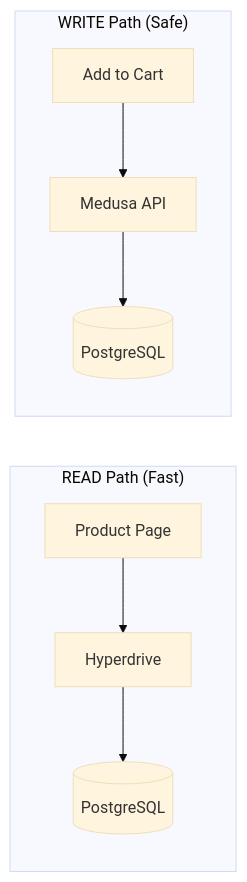
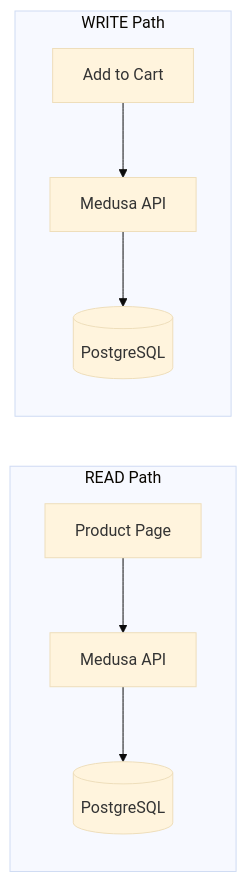
One commit to builderbuilds123/gracestowel changed the second of 2 diagrams in docs/architecture/storefront.md. Above: the diagram before and after it, drawn with Mermaid (base theme). The commit also changed other lines of this file and 38 other files, not shown here.

````diff
--- a/docs/architecture/storefront.md
+++ b/docs/architecture/storefront.md
@@ -42,12 +40,12 @@
 ```mermaid
 flowchart LR
-    subgraph "READ Path (Fast)"
-        R1["Product Page"] --> R2["Hyperdrive"]
+    subgraph "READ Path"
+        R1["Product Page"] --> R2["Medusa API"]
         R2 --> R3[("PostgreSQL")]
     end
 
-    subgraph "WRITE Path (Safe)"
+    subgraph "WRITE Path"
         W1["Add to Cart"] --> W2["Medusa API"]
         W2 --> W3[("PostgreSQL")]
     end
 ```
````
